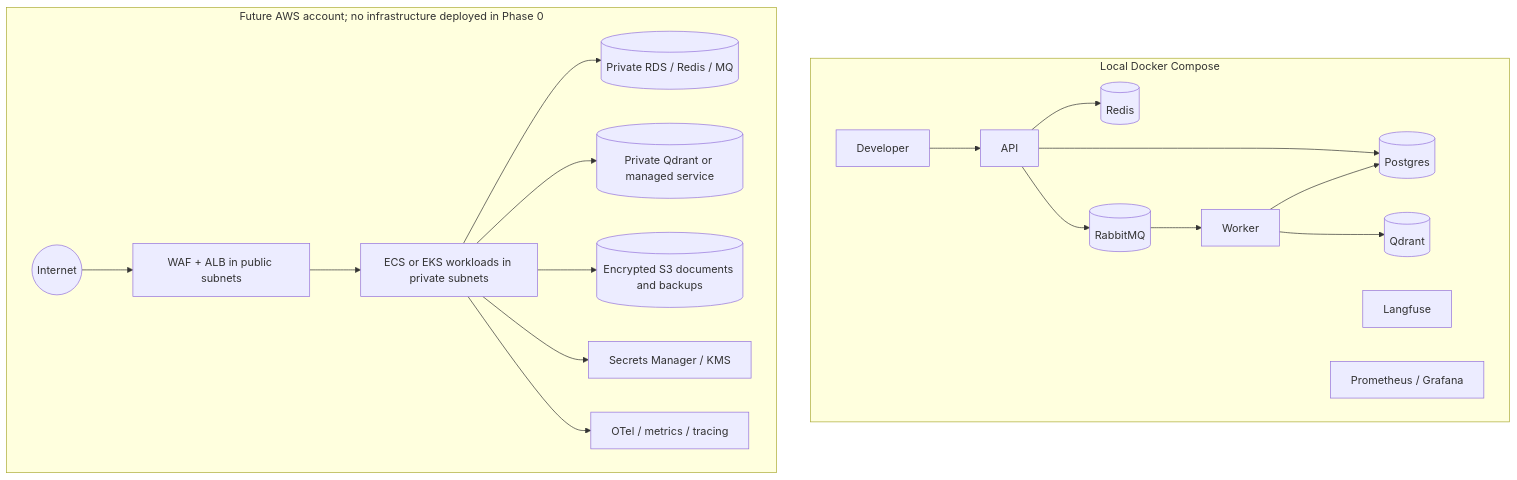
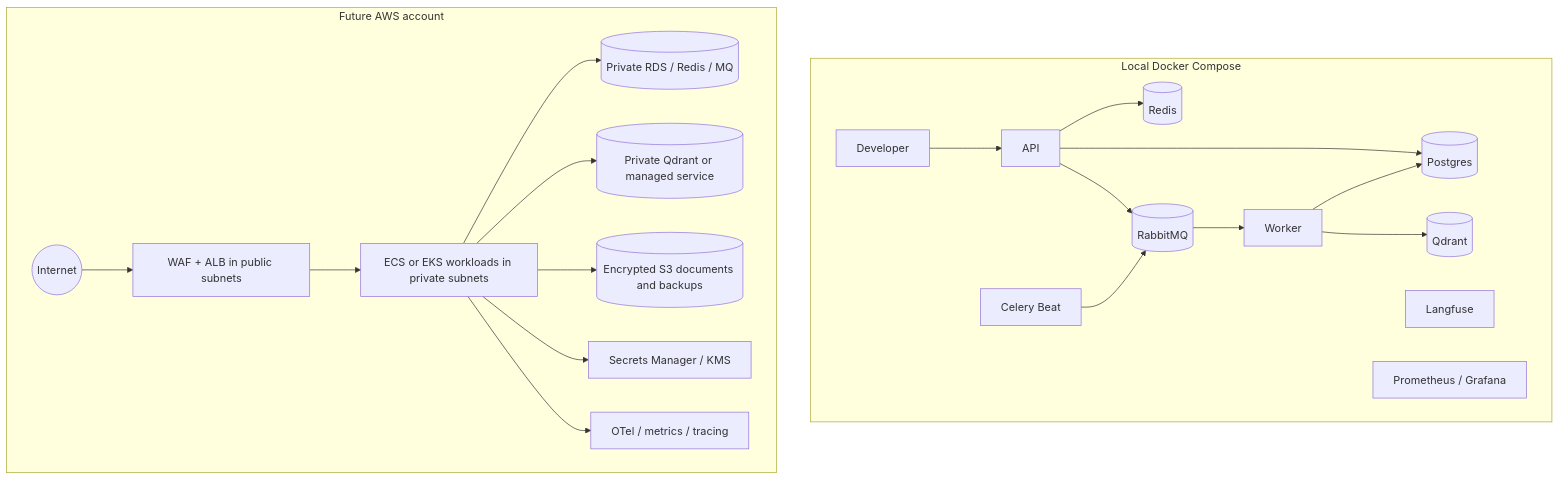
Before and after one commit to emmanuelmassawe/Multi-agent-e-commerce-platform: the diagram in docs/architecture/07-deployment.md, drawn with Mermaid. The commit also changed 26 other files, not shown here.

````diff
--- a/docs/architecture/07-deployment.md
+++ b/docs/architecture/07-deployment.md
@@ -3,30 +3,31 @@
 ```mermaid
 flowchart TB
   subgraph Local[Local Docker Compose]
     Dev[Developer]
     API[API]
     Worker[Worker]
     PG[(Postgres)]
     Q[(Qdrant)]
     R[(Redis)]
     MQ[(RabbitMQ)]
     LF[Langfuse]
     Prom[Prometheus / Grafana]
     Dev --> API
     API --> PG
     API --> R
     API --> MQ
+    Beat[Celery Beat] --> MQ
     MQ --> Worker
     Worker --> PG
     Worker --> Q
   end
-  subgraph AWS[Future AWS account; no infrastructure deployed in Phase 0]
+  subgraph AWS[Future AWS account]
     Internet((Internet)) --> WAF[WAF + ALB in public subnets]
     WAF --> App[ECS or EKS workloads in private subnets]
     App --> Data[(Private RDS / Redis / MQ)]
     App --> Vector[(Private Qdrant or managed service)]
     App --> S3[(Encrypted S3 documents and backups)]
     App --> Secrets[Secrets Manager / KMS]
     App --> Obs[OTel / metrics / tracing]
   end
 ```
````
